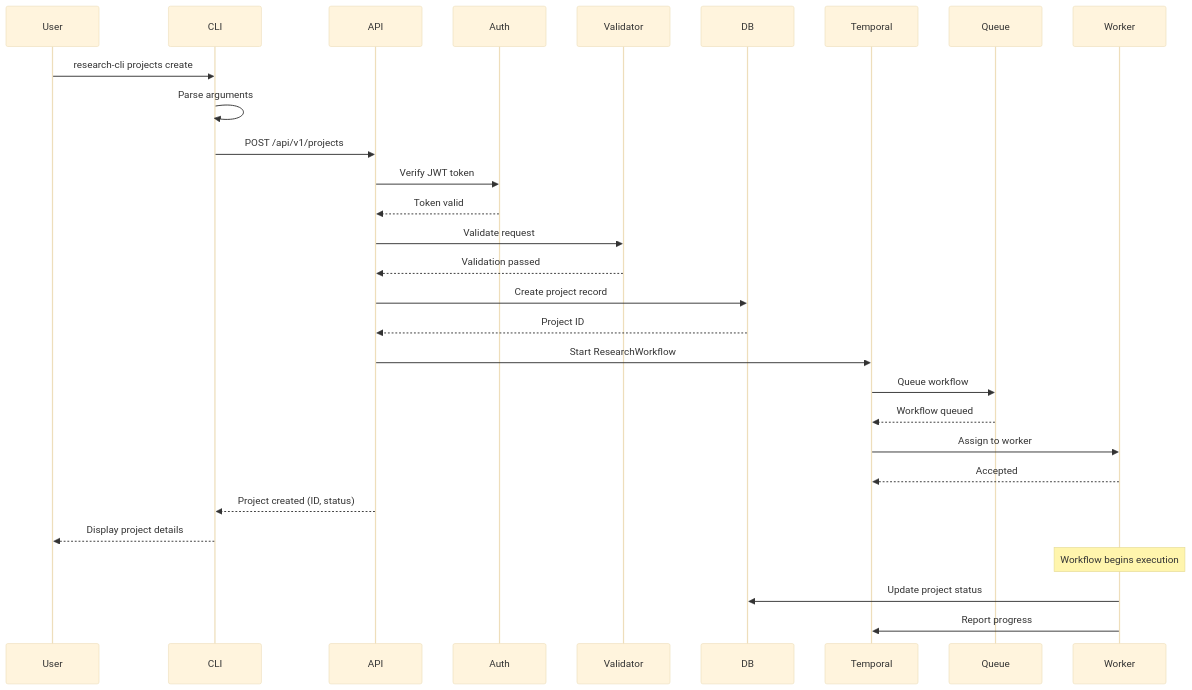
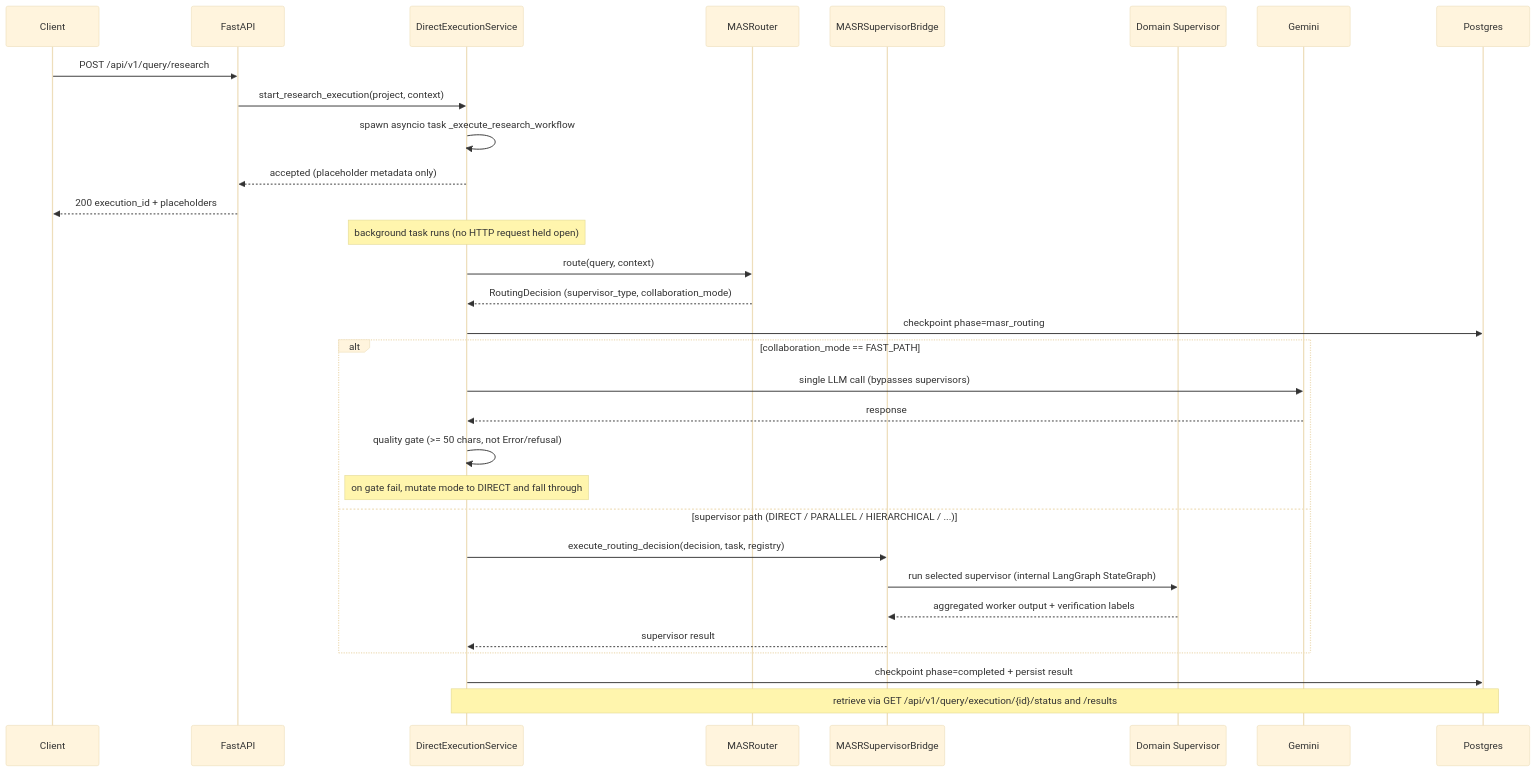
Before and after one commit to jsogarro/cerebro: the first of 10 diagrams in docs/workflow-sequence-diagrams.md, drawn with Mermaid (base theme). The commit also changed other lines of this file and 36 other files, not shown here.

First line of the commit message:
docs: align all documentation with the current architecture

````diff
--- a/docs/workflow-sequence-diagrams.md
+++ b/docs/workflow-sequence-diagrams.md
@@ -17,37 +40,38 @@
 ```mermaid
 sequenceDiagram
-    participant User
-    participant CLI
-    participant API
-    participant Auth
-    participant Validator
-    participant DB
-    participant Temporal
-    participant Queue
-    participant Worker
-    
-    User->>CLI: research-cli projects create
-    CLI->>CLI: Parse arguments
-    CLI->>API: POST /api/v1/projects
-    API->>Auth: Verify JWT token
-    Auth-->>API: Token valid
-    API->>Validator: Validate request
-    Validator-->>API: Validation passed
-    
-    API->>DB: Create project record
-    DB-->>API: Project ID
-    
-    API->>Temporal: Start ResearchWorkflow
-    Temporal->>Queue: Queue workflow
-    Queue-->>Temporal: Workflow queued
-    
-    Temporal->>Worker: Assign to worker
-    Worker-->>Temporal: Accepted
-    
-    API-->>CLI: Project created (ID, status)
-    CLI-->>User: Display project details
-    
-    Note over Worker: Workflow begins execution
-    Worker->>DB: Update project status
-    Worker->>Temporal: Report progress
+    participant Client
+    participant API as FastAPI
+    participant DES as DirectExecutionService
+    participant MASR as MASRouter
+    participant Bridge as MASRSupervisorBridge
+    participant Sup as Domain Supervisor
+    participant Gemini
+    participant DB as Postgres
+
+    Client->>API: POST /api/v1/query/research
+    API->>DES: start_research_execution(project, context)
+    DES->>DES: spawn asyncio task _execute_research_workflow
+    DES-->>API: accepted (placeholder metadata only)
+    API-->>Client: 200 execution_id + placeholders
+
+    Note over DES: background task runs (no HTTP request held open)
+
+    DES->>MASR: route(query, context)
+    MASR-->>DES: RoutingDecision (supervisor_type, collaboration_mode)
+    DES->>DB: checkpoint phase=masr_routing
+
+    alt collaboration_mode == FAST_PATH
+        DES->>Gemini: single LLM call (bypasses supervisors)
+        Gemini-->>DES: response
+        DES->>DES: quality gate (>= 50 chars, not Error/refusal)
+        Note over DES: on gate fail, mutate mode to DIRECT and fall through
+    else supervisor path (DIRECT / PARALLEL / HIERARCHICAL / ...)
+        DES->>Bridge: execute_routing_decision(decision, task, registry)
+        Bridge->>Sup: run selected supervisor (internal LangGraph StateGraph)
+        Sup-->>Bridge: aggregated worker output + verification labels
+        Bridge-->>DES: supervisor result
+    end
+
+    DES->>DB: checkpoint phase=completed + persist result
+    Note over DES,DB: retrieve via GET /api/v1/query/execution/{id}/status and /results
 ```
````
